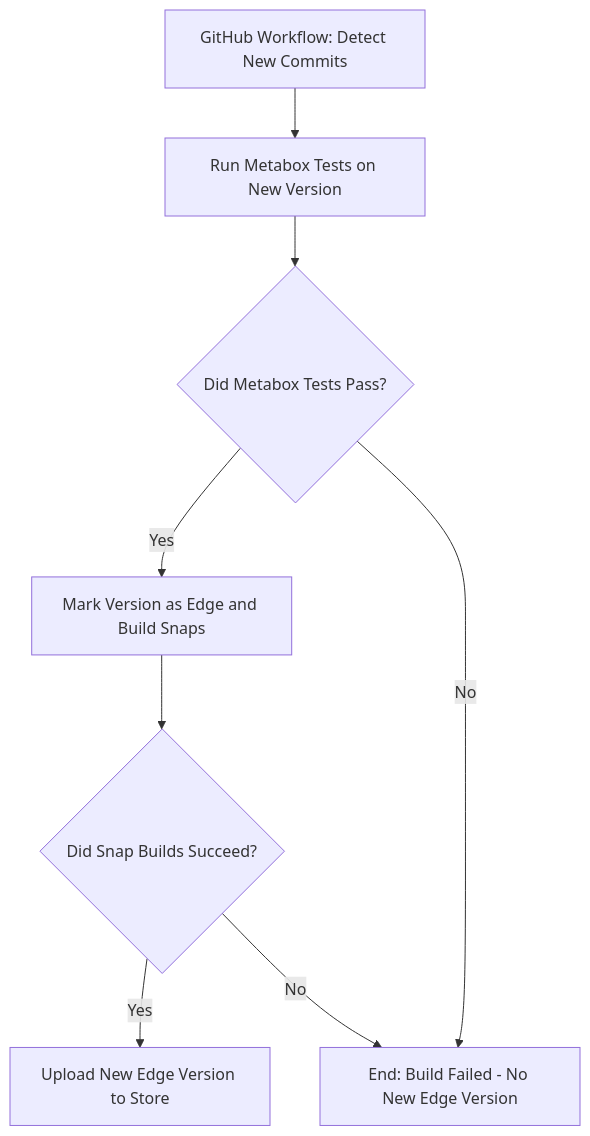
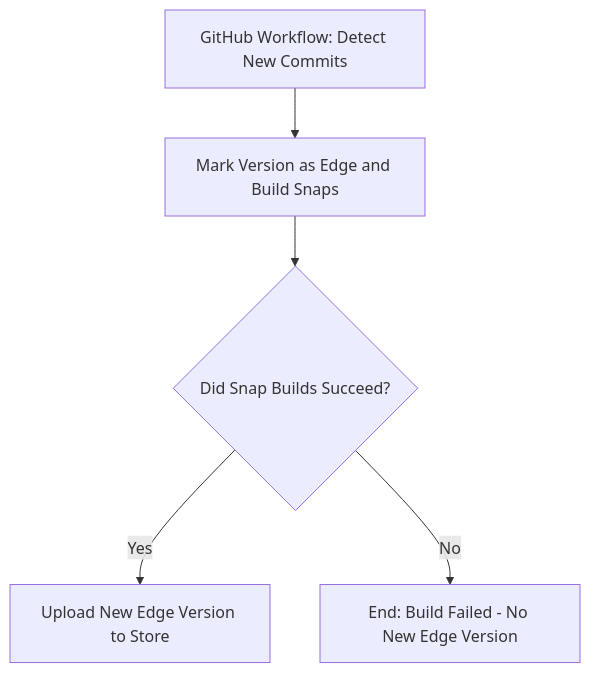
Before and after one commit to canonical/checkbox: the first of 3 diagrams in docs/explanation/release_process/validation_pipeline_execution.rst, drawn with Mermaid. The commit also changed other lines of this file, not shown here.

Commit message:
remove mention of metabox on dailies

```diff
--- a/docs/explanation/release_process/validation_pipeline_execution.rst
+++ b/docs/explanation/release_process/validation_pipeline_execution.rst
@@ -12,22 +12,14 @@
 .. mermaid::
     
     graph TB
 
         A[GitHub Workflow: Detect New Commits]
-
-        B[Run Metabox Tests on New Version]
         C[Mark Version as Edge and Build Snaps]
-        D{Did Metabox Tests Pass?}
         E{Did Snap Builds Succeed?}
         F[Upload New Edge Version to Store]
-
         G[End: Build Failed - No New Edge Version]
 
-
-        A --> B
-        B --> D
-        D -->|Yes| C
+        A --> C
         C --> E
         E -->|Yes| F
-        D -->|No| G
         E -->|No| G
```
